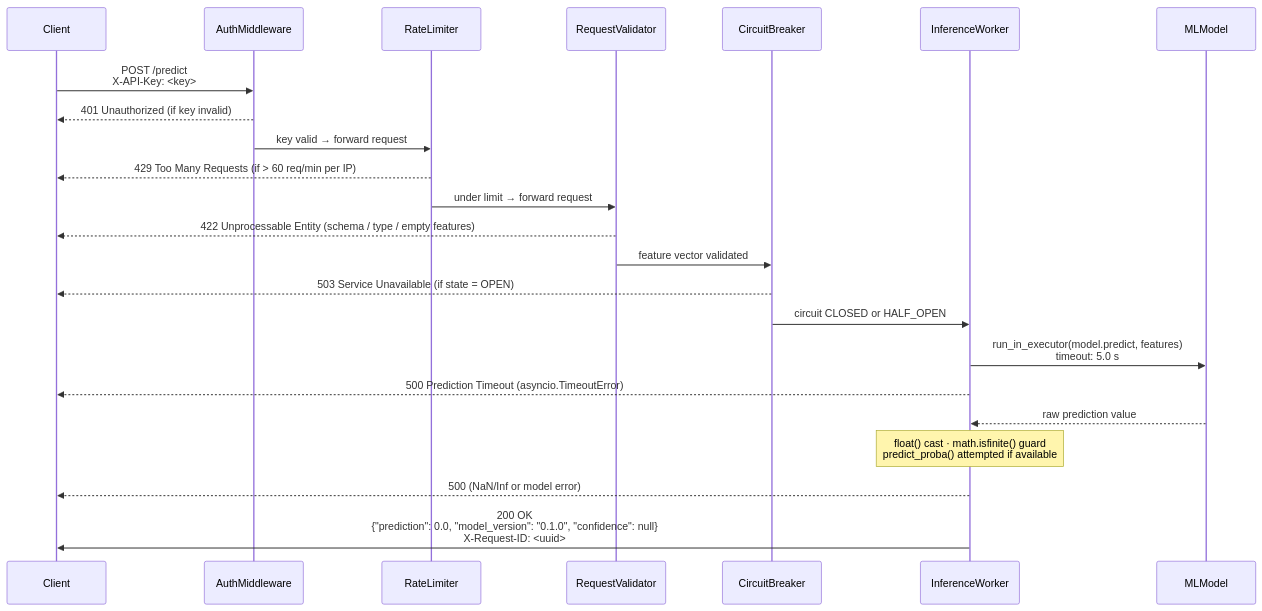
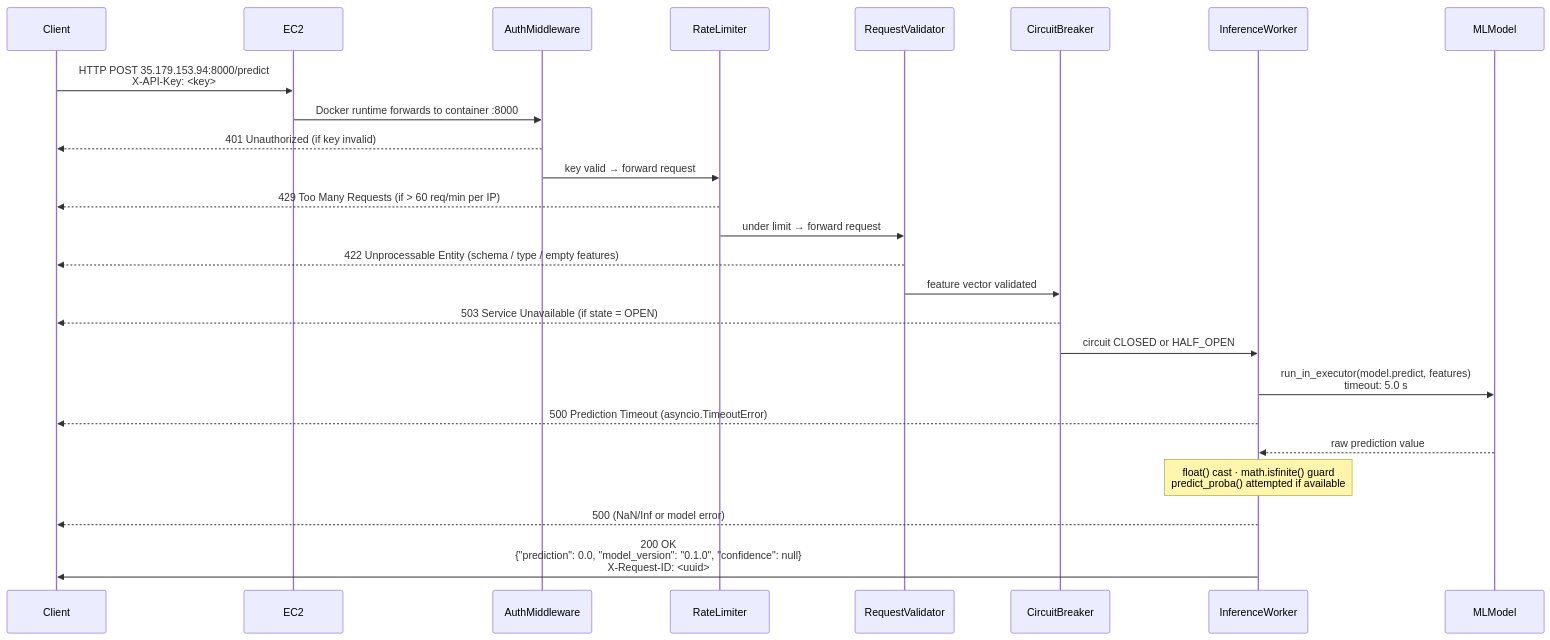
One commit to SourabhaKK/ml-model-deployment-fastapi changed the second of 2 diagrams in README.md. Above: the diagram before and after it, drawn with Mermaid. The commit also changed other lines of this file, not shown here.

````diff
--- a/README.md
+++ b/README.md
@@ -56,32 +66,35 @@
 ```mermaid
 sequenceDiagram
     participant Client
+    participant EC2
     participant AuthMiddleware
     participant RateLimiter
     participant RequestValidator
     participant CircuitBreaker
     participant InferenceWorker
     participant MLModel
 
-    Client->>AuthMiddleware: POST /predict<br/>X-API-Key: <key>
+    Client->>EC2: HTTP POST 35.179.153.94:8000/predict<br/>X-API-Key: <key>
+    EC2->>AuthMiddleware: Docker runtime forwards to container :8000
+
     AuthMiddleware-->>Client: 401 Unauthorized (if key invalid)
     AuthMiddleware->>RateLimiter: key valid → forward request
 
     RateLimiter-->>Client: 429 Too Many Requests (if > 60 req/min per IP)
     RateLimiter->>RequestValidator: under limit → forward request
 
     RequestValidator-->>Client: 422 Unprocessable Entity (schema / type / empty features)
     RequestValidator->>CircuitBreaker: feature vector validated
 
     CircuitBreaker-->>Client: 503 Service Unavailable (if state = OPEN)
     CircuitBreaker->>InferenceWorker: circuit CLOSED or HALF_OPEN
 
     InferenceWorker->>MLModel: run_in_executor(model.predict, features)<br/>timeout: 5.0 s
     InferenceWorker-->>Client: 500 Prediction Timeout (asyncio.TimeoutError)
     MLModel-->>InferenceWorker: raw prediction value
 
     Note over InferenceWorker: float() cast · math.isfinite() guard<br/>predict_proba() attempted if available
     InferenceWorker-->>Client: 500 (NaN/Inf or model error)
 
     InferenceWorker->>Client: 200 OK<br/>{"prediction": 0.0, "model_version": "0.1.0", "confidence": null}<br/>X-Request-ID: <uuid>
 ```
````
